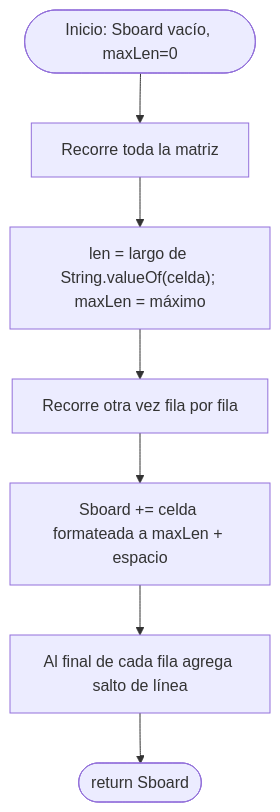
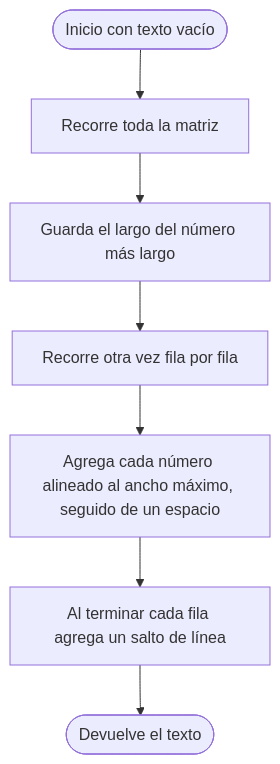
Before and after one commit to 8ismel6/1MD-ProyectoFinal: diagram 14 of 33 in README.md, drawn with Mermaid. The commit also changed other lines of this file and 1 other file, not shown here.

````diff
--- a/README.md
+++ b/README.md
@@ -554,9 +545,9 @@
 ```mermaid
 flowchart TD
-A(["Inicio: Sboard vacío, maxLen=0"]) --> B["Recorre toda la matriz"]
-B --> C["len = largo de String.valueOf(celda); maxLen = máximo"]
+A(["Inicio con texto vacío"]) --> B["Recorre toda la matriz"]
+B --> C["Guarda el largo del número más largo"]
 C --> D["Recorre otra vez fila por fila"]
-D --> E["Sboard += celda formateada a maxLen + espacio"]
-E --> F["Al final de cada fila agrega salto de línea"]
-F --> G(["return Sboard"])
+D --> E["Agrega cada número alineado al ancho máximo, seguido de un espacio"]
+E --> F["Al terminar cada fila agrega un salto de línea"]
+F --> G(["Devuelve el texto"])
 ```
````
